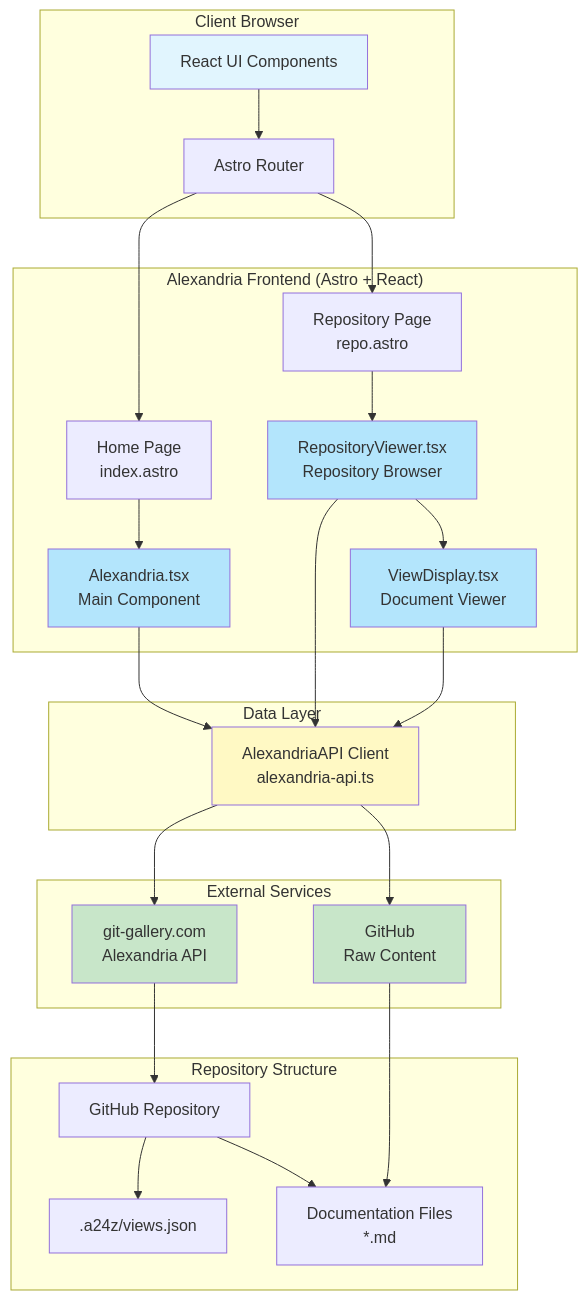
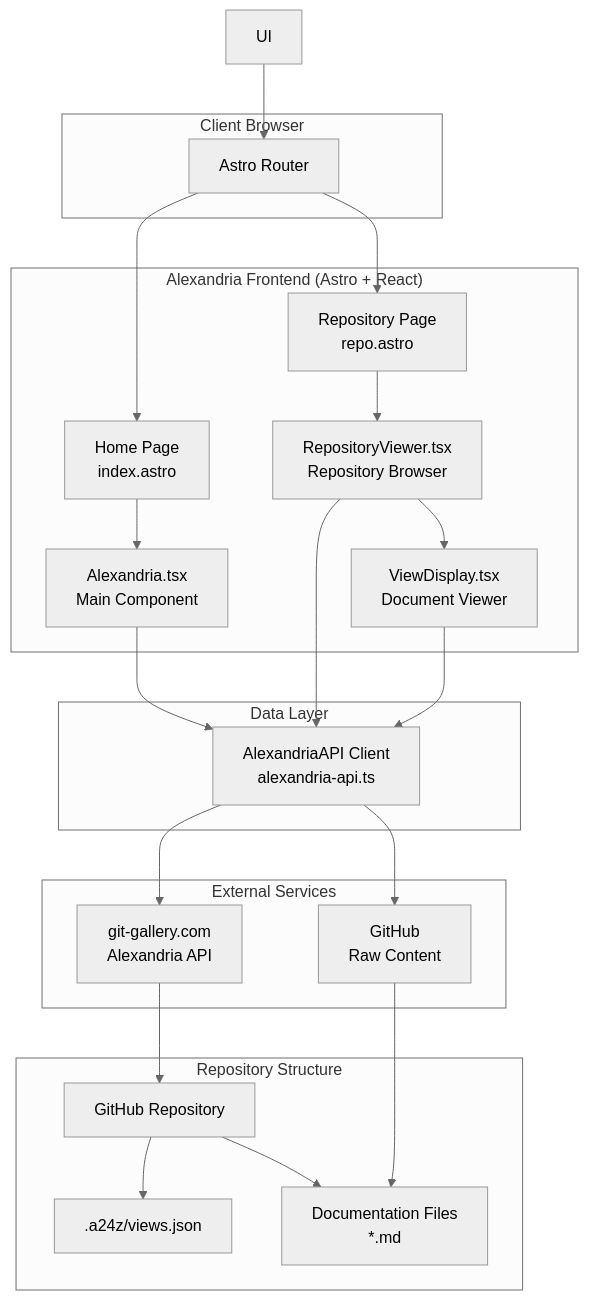
One commit to a24z-ai/Alexandria changed the first of 3 diagrams in docs/ARCHITECTURE.md. Above: the diagram before and after it, drawn with Mermaid. The commit also changed 8 other files, not shown here.

First line of the commit message:
Switch to themed-markdown component with custom Alexandria theme

````diff
--- a/docs/ARCHITECTURE.md
+++ b/docs/ARCHITECTURE.md
@@ -7,59 +7,51 @@
 ```mermaid
-graph TB
+%%{init: {'theme': 'neutral'}}%%
+graph
     subgraph "Client Browser"
-        UI[React UI Components]
         Router[Astro Router]
     end
     
     subgraph "Alexandria Frontend (Astro + React)"
         HomePage[Home Page<br/>index.astro]
         RepoPage[Repository Page<br/>repo.astro]
         
         Alexandria[Alexandria.tsx<br/>Main Component]
         RepoViewer[RepositoryViewer.tsx<br/>Repository Browser]
         ViewDisplay[ViewDisplay.tsx<br/>Document Viewer]
         
         HomePage --> Alexandria
         RepoPage --> RepoViewer
         RepoViewer --> ViewDisplay
     end
     
     subgraph "Data Layer"
         API[AlexandriaAPI Client<br/>alexandria-api.ts]
         Alexandria --> API
         RepoViewer --> API
         ViewDisplay --> API
     end
     
     subgraph "External Services"
         GitGallery[git-gallery.com<br/>Alexandria API]
         GitHub[GitHub<br/>Raw Content]
         
         API --> GitGallery
         API --> GitHub
     end
     
     subgraph "Repository Structure"
         GitRepo[GitHub Repository]
         ViewsJSON[.a24z/views.json]
         Docs[Documentation Files<br/>*.md]
         
         GitRepo --> ViewsJSON
         GitRepo --> Docs
     end
     
     GitGallery --> GitRepo
     GitHub --> Docs
     
     UI --> Router
     Router --> HomePage
     Router --> RepoPage
-    
-    style UI fill:#e1f5fe
-    style Alexandria fill:#b3e5fc
-    style RepoViewer fill:#b3e5fc
-    style ViewDisplay fill:#b3e5fc
-    style API fill:#fff9c4
-    style GitGallery fill:#c8e6c9
-    style GitHub fill:#c8e6c9
 ```
````
